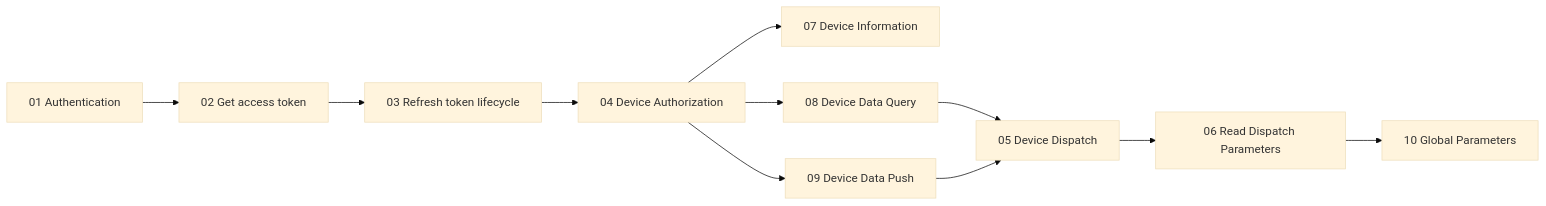
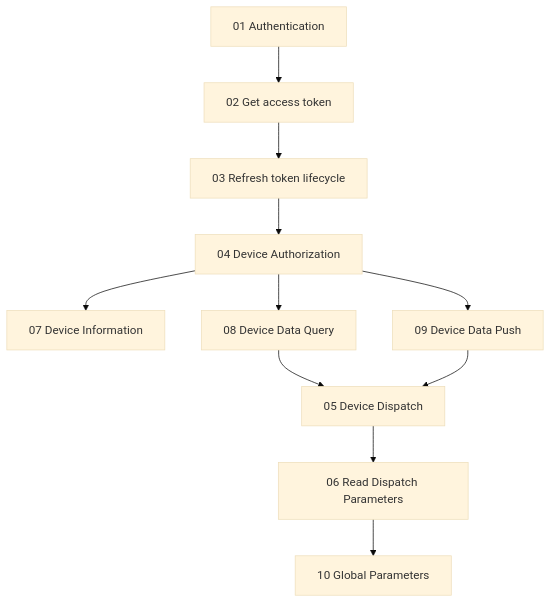
Before and after one commit to EugeneJian/growatt-unified-api: the first of 2 diagrams in Growatt API/OPENAPI/README.md, drawn with Mermaid (base theme). The commit also changed 4 other files, not shown here.

````diff
--- a/Growatt API/OPENAPI/README.md
+++ b/Growatt API/OPENAPI/README.md
@@ -9,14 +9,14 @@
 ```mermaid
 %% 本代码严格遵循AI生成Mermaid代码的终极准则v4.1（Mermaid终极大师）
-flowchart LR
+flowchart TD
     A["01 Authentication"] --> B["02 Get access token"]
     B --> C["03 Refresh token lifecycle"]
     C --> D["04 Device Authorization"]
     D --> E["07 Device Information"]
     D --> F["08 Device Data Query"]
     D --> G["09 Device Data Push"]
     F --> H["05 Device Dispatch"]
     H --> I["06 Read Dispatch Parameters"]
     G --> H
     I --> J["10 Global Parameters"]
 ```
````
